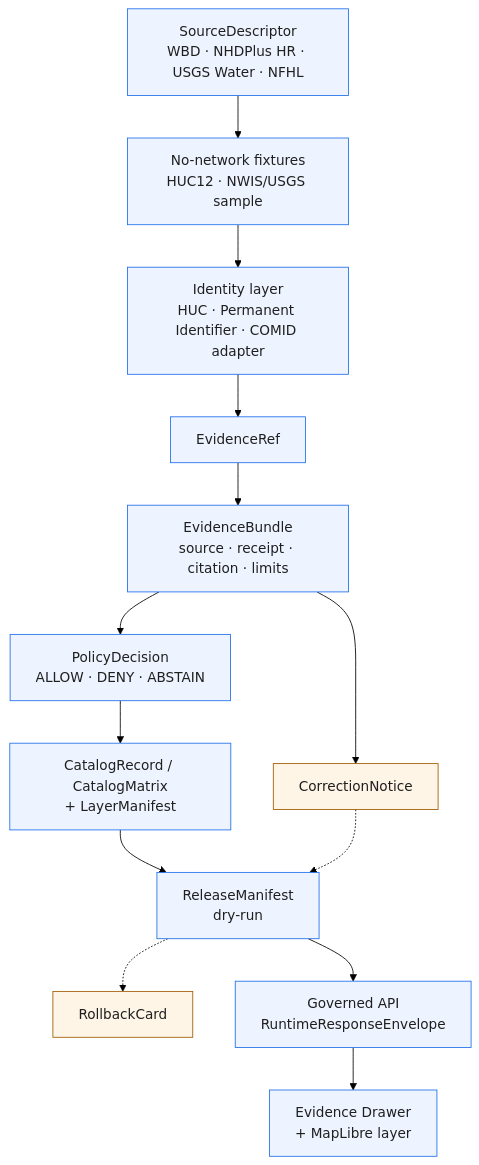
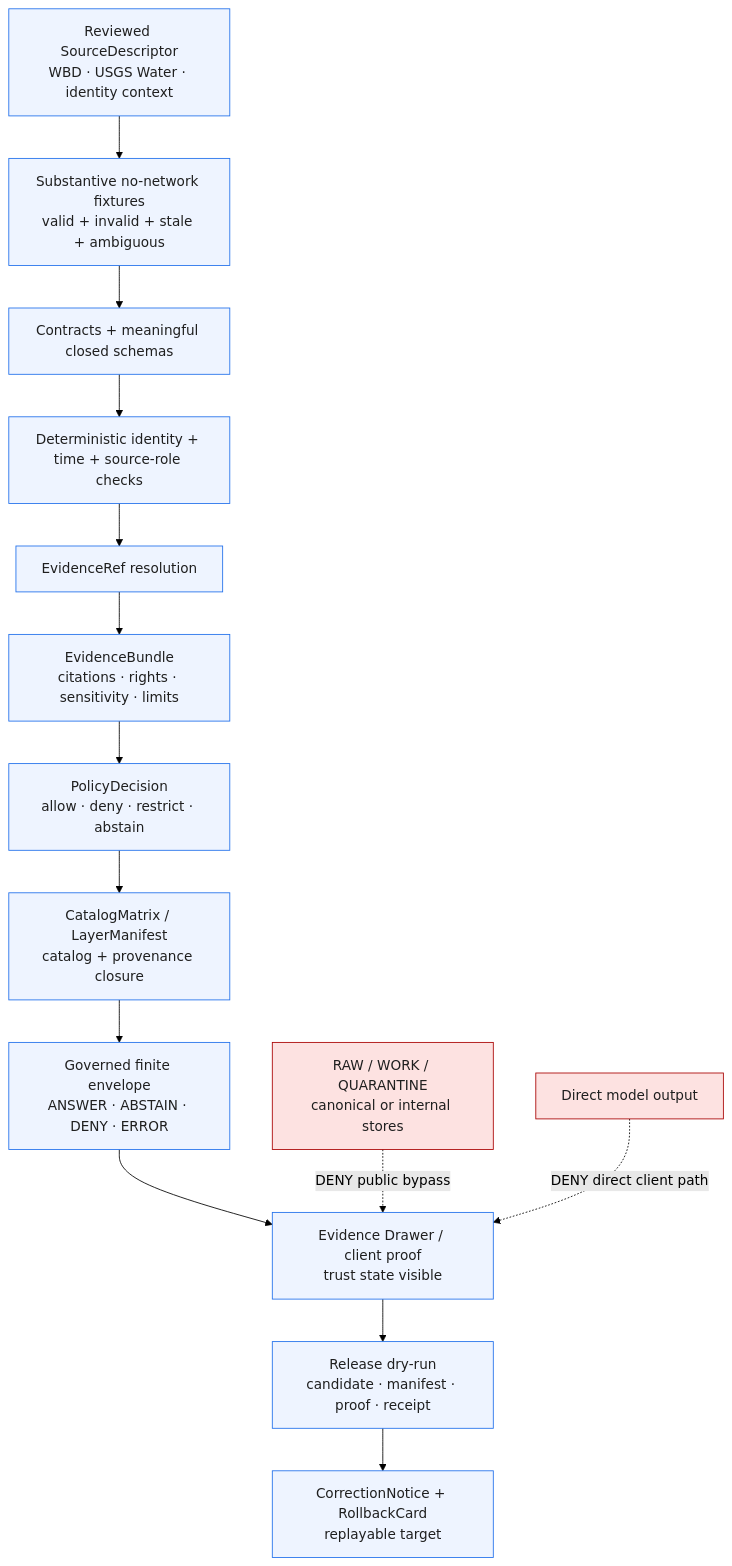
The diagram in docs/adr/ADR-0009-hydrology-is-the-first-proof-bearing-lane.md (bartytime4life/Kansas-Frontier-Matrix), drawn with Mermaid (forest theme) before and after one commit. The commit also changed other lines of this file, not shown here.

Commit message:
docs(adr): modernize ADR-0009 hydrology proof lane

````diff
--- a/docs/adr/ADR-0009-hydrology-is-the-first-proof-bearing-lane.md
+++ b/docs/adr/ADR-0009-hydrology-is-the-first-proof-bearing-lane.md
@@ -286,26 +337,28 @@
 ```mermaid
 flowchart TB
-    SD[SourceDescriptor<br/>WBD · NHDPlus HR · USGS Water · NFHL]
-    FX[No-network fixtures<br/>HUC12 · NWIS/USGS sample]
-    ID[Identity layer<br/>HUC · Permanent Identifier · COMID adapter]
-    ER[EvidenceRef]
-    EB[EvidenceBundle<br/>source · receipt · citation · limits]
-    PD[PolicyDecision<br/>ALLOW · DENY · ABSTAIN]
-    CM[CatalogRecord / CatalogMatrix<br/>+ LayerManifest]
-    RM[ReleaseManifest<br/>dry-run]
-    RB[RollbackCard]
-    API[Governed API<br/>RuntimeResponseEnvelope]
-    UI[Evidence Drawer<br/>+ MapLibre layer]
-    CN[CorrectionNotice]
+    SD["Reviewed SourceDescriptor<br/>WBD · USGS Water · identity context"]
+    FX["Substantive no-network fixtures<br/>valid + invalid + stale + ambiguous"]
+    CS["Contracts + meaningful closed schemas"]
+    ID["Deterministic identity + time + source-role checks"]
+    ER["EvidenceRef resolution"]
+    EB["EvidenceBundle<br/>citations · rights · sensitivity · limits"]
+    PD["PolicyDecision<br/>allow · deny · restrict · abstain"]
+    CM["CatalogMatrix / LayerManifest<br/>catalog + provenance closure"]
+    API["Governed finite envelope<br/>ANSWER · ABSTAIN · DENY · ERROR"]
+    UI["Evidence Drawer / client proof<br/>trust state visible"]
+    REL["Release dry-run<br/>candidate · manifest · proof · receipt"]
+    CR["CorrectionNotice + RollbackCard<br/>replayable target"]
 
-    SD --> FX --> ID --> ER --> EB
-    EB --> PD --> CM --> RM --> API --> UI
-    RM -.-> RB
-    EB --> CN
-    CN -.-> RM
+    SD --> FX --> CS --> ID --> ER --> EB --> PD --> CM --> API --> UI --> REL --> CR
 
-    classDef gate fill:#eef4ff,stroke:#1f6feb,color:#1f1f1f;
-    classDef rollback fill:#fff5e6,stroke:#a05a00,color:#1f1f1f;
-    class SD,FX,ID,ER,EB,PD,CM,RM,API,UI gate;
-    class RB,CN rollback;
+    RAW["RAW / WORK / QUARANTINE<br/>canonical or internal stores"]
+    MODEL["Direct model output"]
+    RAW -. "DENY public bypass" .-> UI
+    MODEL -. "DENY direct client path" .-> UI
+
+    classDef gate fill:#eef4ff,stroke:#1f6feb,color:#1f1f1f
+    classDef hold fill:#fff4d6,stroke:#c27d00,color:#1f1f1f
+    classDef deny fill:#fde2e1,stroke:#a80000,color:#1f1f1f
+    class SD,FX,CS,ID,ER,EB,PD,CM,API,UI,REL,CR gate
+    class RAW,MODEL deny
 ```
````
